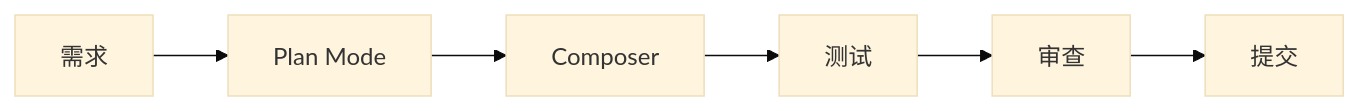
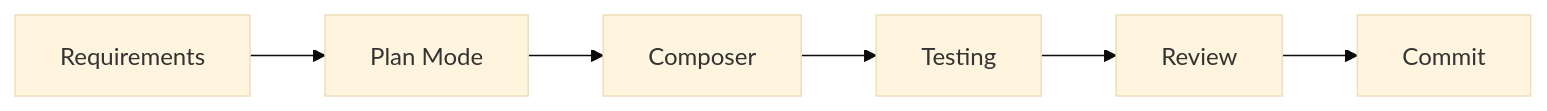
Before and after one commit to DDR187/cursor-howto: the second of 4 diagrams in 08-best-practices/README.md, drawn with Mermaid (base theme). The commit also changed other lines of this file and 22 other files, not shown here.

````diff
--- a/08-best-practices/README.md
+++ b/08-best-practices/README.md
@@ -47,8 +47,8 @@
 ```mermaid
 flowchart LR
-    A[需求] --> B[Plan Mode]
+    A[Requirements] --> B[Plan Mode]
     B --> C[Composer]
-    C --> D[测试]
-    D --> E[审查]
-    E --> F[提交]
+    C --> D[Testing]
+    D --> E[Review]
+    E --> F[Commit]
 ```
````
